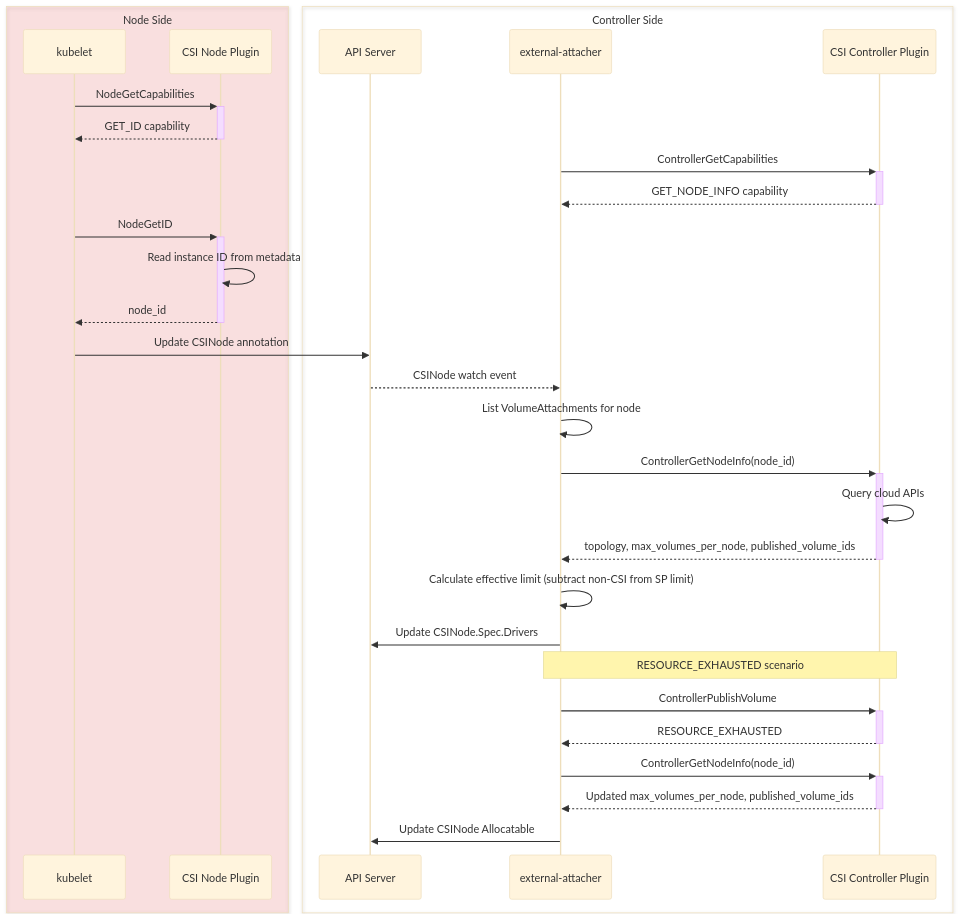
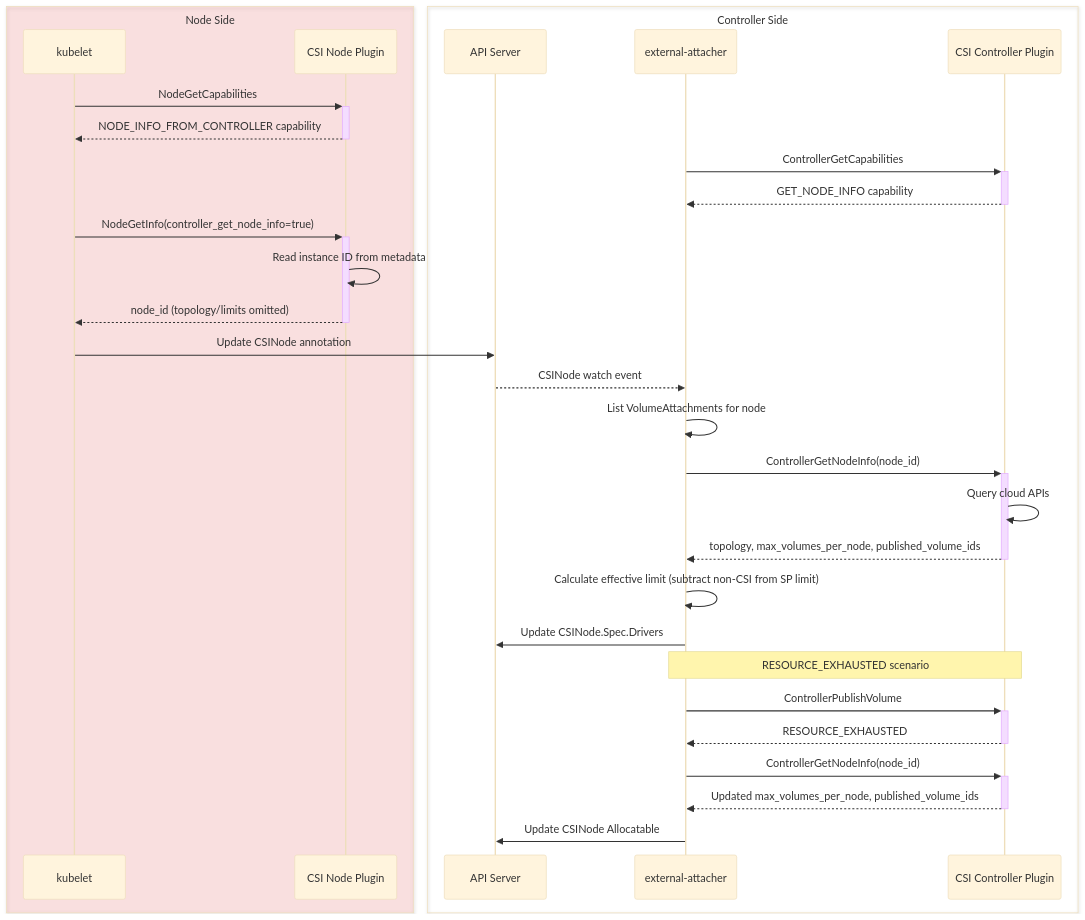
The diagram in keps/sig-storage/6011-controller-get-node-info/README.md (kubernetes/enhancements), drawn with Mermaid (base theme) before and after one commit. The commit also changed other lines of this file and 1 other file, not shown here.

First line of the commit message:
KEP-6011: switch to NodeGetInfo request flag over NodeGetID RPC

````diff
--- a/keps/sig-storage/6011-controller-get-node-info/README.md
+++ b/keps/sig-storage/6011-controller-get-node-info/README.md
@@ -339,39 +364,39 @@
 ```mermaid
 sequenceDiagram
     box rgba(255,0,0,0.1) Node Side
         participant kubelet
         participant csi-node as CSI Node Plugin
     end
     box Controller Side
         participant apiserver as API Server
         participant attacher as external-attacher
         participant csi-ctrl as CSI Controller Plugin
     end
 
     kubelet->>+csi-node: NodeGetCapabilities
-    csi-node-->>-kubelet: GET_ID capability
+    csi-node-->>-kubelet: NODE_INFO_FROM_CONTROLLER capability
 
     attacher->>+csi-ctrl: ControllerGetCapabilities
     csi-ctrl-->>-attacher: GET_NODE_INFO capability
 
-    kubelet->>+csi-node: NodeGetID
+    kubelet->>+csi-node: NodeGetInfo(controller_get_node_info=true)
     csi-node->>csi-node: Read instance ID from metadata
-    csi-node-->>-kubelet: node_id
+    csi-node-->>-kubelet: node_id (topology/limits omitted)
 
     kubelet->>apiserver: Update CSINode annotation
     apiserver-->>attacher: CSINode watch event
 
     attacher->>attacher: List VolumeAttachments for node
     attacher->>+csi-ctrl: ControllerGetNodeInfo(node_id)
     csi-ctrl->>csi-ctrl: Query cloud APIs
     csi-ctrl-->>-attacher: topology, max_volumes_per_node, published_volume_ids
     attacher->>attacher: Calculate effective limit (subtract non-CSI from SP limit)
     attacher->>apiserver: Update CSINode.Spec.Drivers
 
     Note over attacher,csi-ctrl: RESOURCE_EXHAUSTED scenario
     attacher->>+csi-ctrl: ControllerPublishVolume
     csi-ctrl-->>-attacher: RESOURCE_EXHAUSTED
     attacher->>+csi-ctrl: ControllerGetNodeInfo(node_id)
     csi-ctrl-->>-attacher: Updated max_volumes_per_node, published_volume_ids
     attacher->>apiserver: Update CSINode Allocatable
 ```
````
